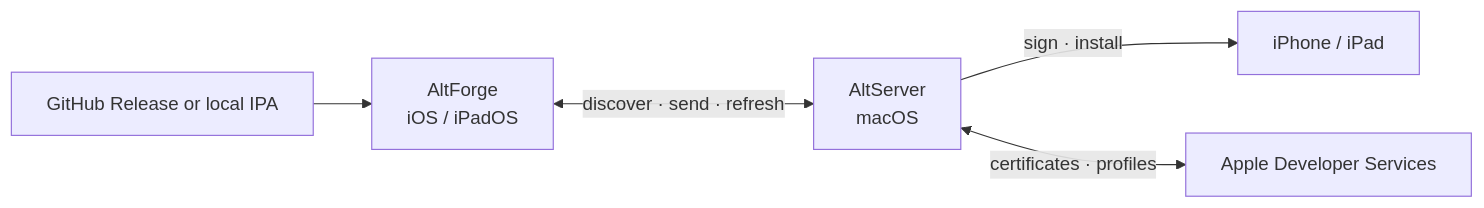
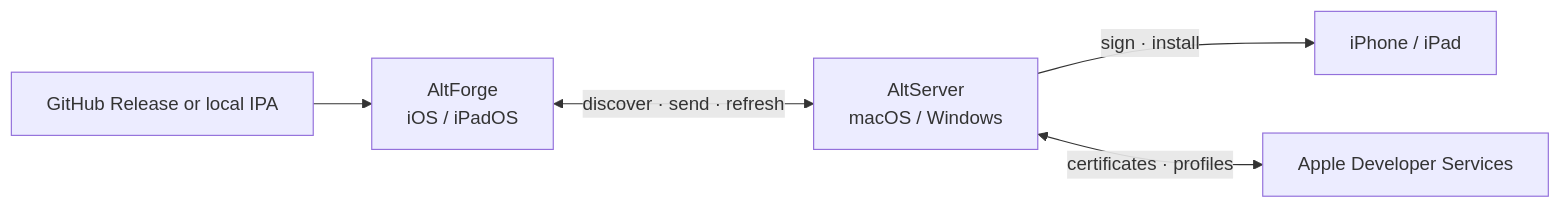
Before and after one commit to legeling/AltForge: the diagram in README.md, drawn with Mermaid. The commit also changed other lines of this file and 176 other files, not shown here.

````diff
--- a/README.md
+++ b/README.md
@@ -105,7 +105,7 @@
 ```mermaid
 flowchart LR
     Package["GitHub Release or local IPA"] --> Client["AltForge<br/>iOS / iPadOS"]
-    Client <-->|"discover · send · refresh"| Server["AltServer<br/>macOS"]
+    Client <-->|"discover · send · refresh"| Server["AltServer<br/>macOS / Windows"]
     Server -->|"sign · install"| Device["iPhone / iPad"]
     Server <-->|"certificates · profiles"| Apple["Apple Developer Services"]
 ```
````
